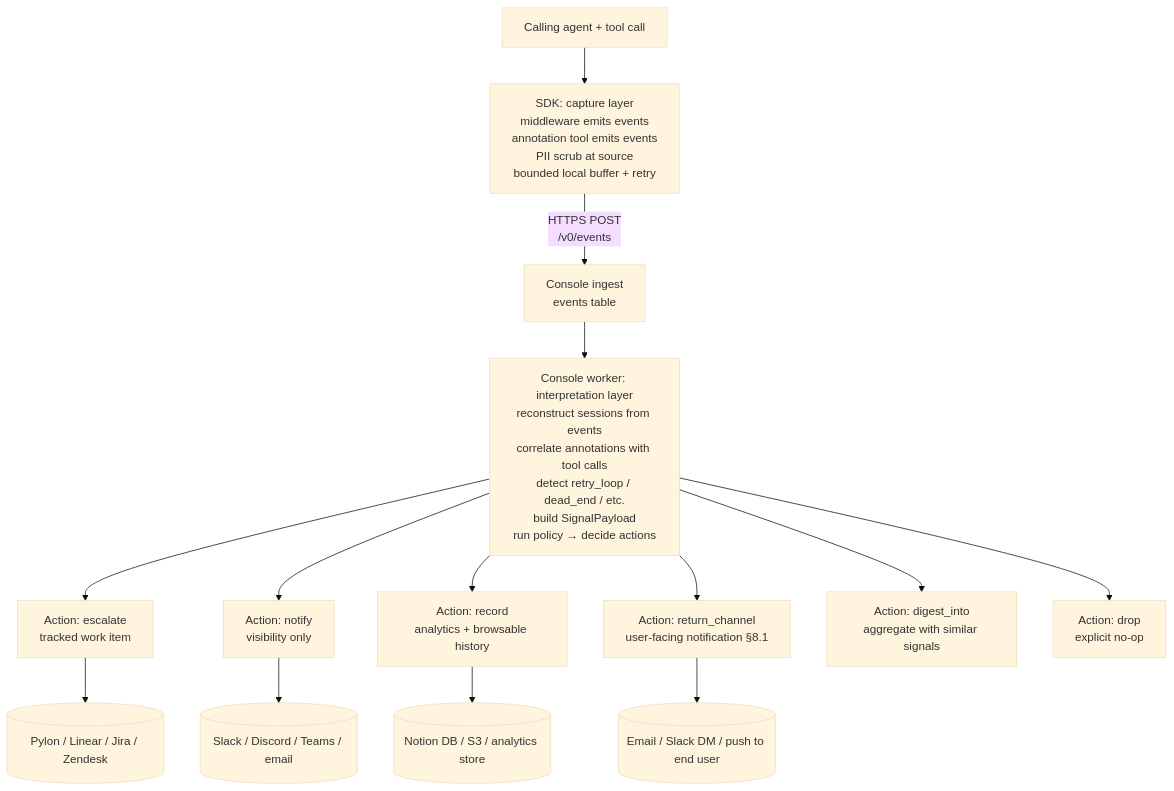
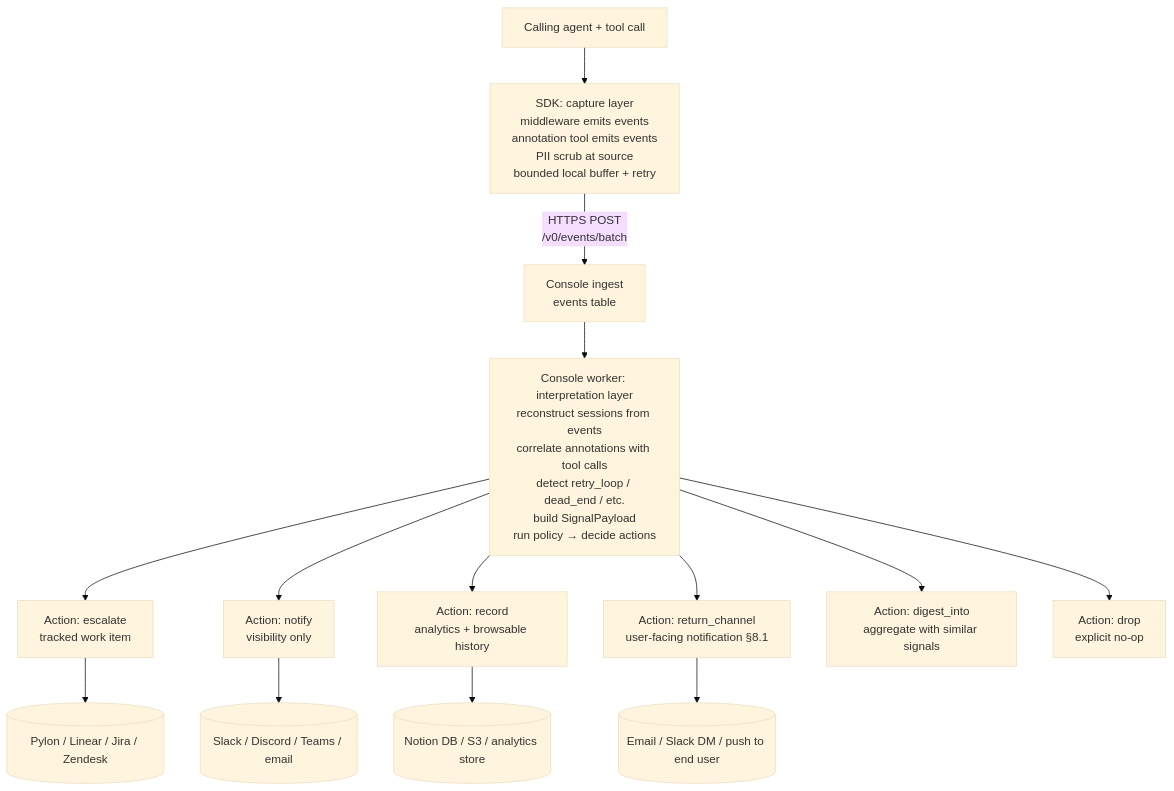
Before and after one commit to good-timing/baton: the diagram in docs/SPEC.md, drawn with Mermaid (base theme). The commit also changed other lines of this file, not shown here.

Commit message:
spec: events go in batches (§2.5) — 100 events and 1 MiB a request, a 5 s wait, a result per event, and a fallback for a collector without the endpoint

````diff
--- a/docs/SPEC.md
+++ b/docs/SPEC.md
@@ -796,16 +807,16 @@
 ```mermaid
 flowchart TD
     A[Calling agent + tool call] --> B[SDK: capture layer<br/>middleware emits events<br/>annotation tool emits events<br/>PII scrub at source<br/>bounded local buffer + retry]
-    B -->|HTTPS POST<br/>/v0/events| C[Console ingest<br/>events table]
+    B -->|HTTPS POST<br/>/v0/events/batch| C[Console ingest<br/>events table]
     C --> D[Console worker: interpretation layer<br/>reconstruct sessions from events<br/>correlate annotations with tool calls<br/>detect retry_loop / dead_end / etc.<br/>build SignalPayload<br/>run policy → decide actions]
     D --> E1[Action: escalate<br/>tracked work item]
     D --> E2[Action: notify<br/>visibility only]
     D --> E3[Action: record<br/>analytics + browsable history]
     D --> E4[Action: return_channel<br/>user-facing notification §8.1]
     D --> E5[Action: digest_into<br/>aggregate with similar signals]
     D --> E6[Action: drop<br/>explicit no-op]
     E1 --> F1[(Pylon / Linear / Jira / Zendesk)]
     E2 --> F2[(Slack / Discord / Teams / email)]
     E3 --> F3[(Notion DB / S3 / analytics store)]
     E4 --> F4[(Email / Slack DM / push to end user)]
 ```
````
